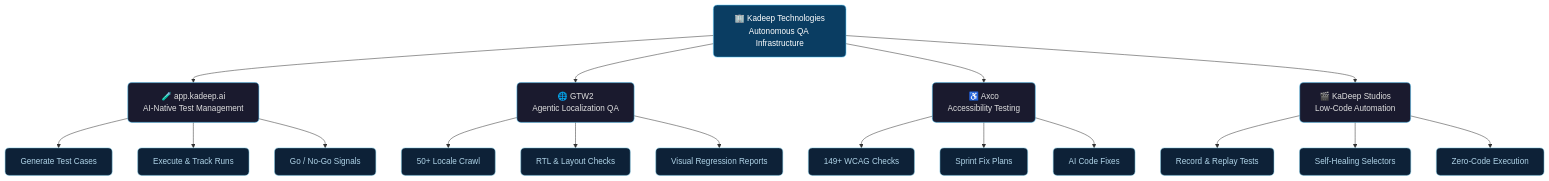
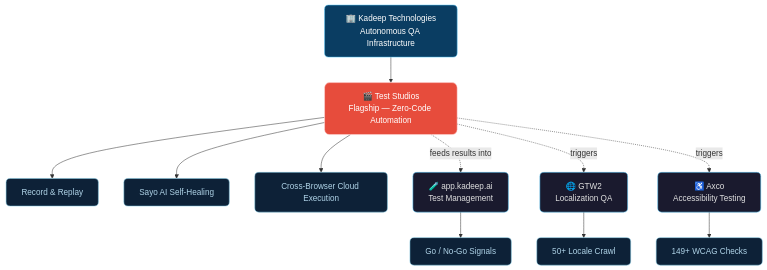
Before and after one commit to kadeep-ai/.github: the first of 3 diagrams in profile/README.md, drawn with Mermaid. The commit also changed other lines of this file, not shown here.

````diff
--- a/profile/README.md
+++ b/profile/README.md
@@ -50,29 +96,22 @@
 ```mermaid
 graph TB
+    classDef flagship fill:#e74c3c,stroke:#ffdcdc,color:#ffffff,rx:10
     classDef platform fill:#0a3d62,stroke:#4FC3F7,color:#ffffff,rx:8
     classDef product fill:#1a1a2e,stroke:#4FC3F7,color:#e0e0e0,rx:8
     classDef agent fill:#0d2137,stroke:#7ec8e3,color:#b0d4e8,rx:8
 
     K["🏢 Kadeep Technologies<br/>Autonomous QA Infrastructure"]:::platform
 
-    K --> TM["🧪 app.kadeep.ai<br/>AI-Native Test Management"]:::product
-    K --> LQ["🌐 GTW2<br/>Agentic Localization QA"]:::product
-    K --> AX["♿ Axco<br/>Accessibility Testing"]:::product
-    K --> ST["🎬 KaDeep Studios<br/>Low-Code Automation"]:::product
+    K --> TS["🎬 Test Studios<br/>Flagship — Zero-Code Automation"]:::flagship
+    TS --> D1["Record & Replay"]:::agent
+    TS --> D2["Sayo AI Self-Healing"]:::agent
+    TS --> D3["Cross-Browser Cloud Execution"]:::agent
 
-    TM --> A1["Generate Test Cases"]:::agent
-    TM --> A2["Execute & Track Runs"]:::agent
-    TM --> A3["Go / No-Go Signals"]:::agent
+    TS -. feeds results into .-> TM["🧪 app.kadeep.ai<br/>Test Management"]:::product
+    TS -. triggers .-> LQ["🌐 GTW2<br/>Localization QA"]:::product
+    TS -. triggers .-> AX["♿ Axco<br/>Accessibility Testing"]:::product
 
+    TM --> A1["Go / No-Go Signals"]:::agent
     LQ --> B1["50+ Locale Crawl"]:::agent
-    LQ --> B2["RTL & Layout Checks"]:::agent
-    LQ --> B3["Visual Regression Reports"]:::agent
-
     AX --> C1["149+ WCAG Checks"]:::agent
-    AX --> C2["Sprint Fix Plans"]:::agent
-    AX --> C3["AI Code Fixes"]:::agent
-
-    ST --> D1["Record & Replay Tests"]:::agent
-    ST --> D2["Self-Healing Selectors"]:::agent
-    ST --> D3["Zero-Code Execution"]:::agent
 ```
````
